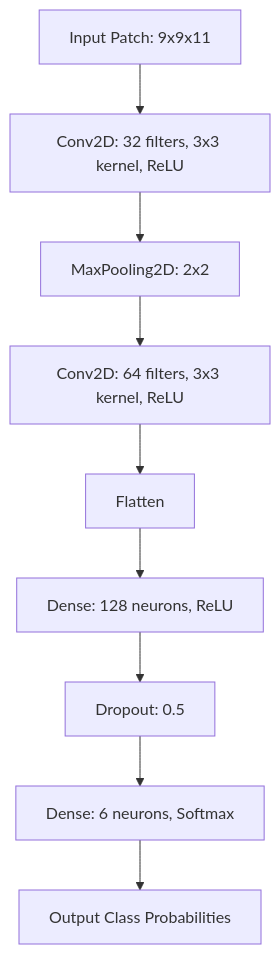
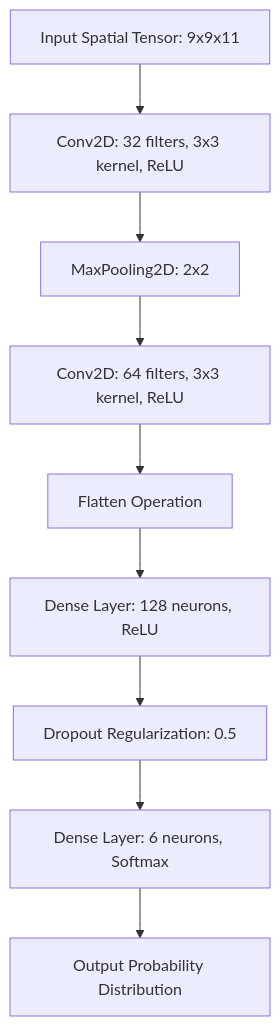
The diagram in docs/manuscript/Chapter_3.md (DaneshSelwal/LULC_Classification_Singrauli_region), drawn with Mermaid before and after one commit. The commit also changed other lines of this file and 4 other files, not shown here.

````diff
--- a/docs/manuscript/Chapter_3.md
+++ b/docs/manuscript/Chapter_3.md
@@ -61,11 +70,11 @@
 ```mermaid
 graph TD
-    A[Input Patch: 9x9x11] --> B[Conv2D: 32 filters, 3x3 kernel, ReLU]
+    A[Input Spatial Tensor: 9x9x11] --> B[Conv2D: 32 filters, 3x3 kernel, ReLU]
     B --> C[MaxPooling2D: 2x2]
     C --> D[Conv2D: 64 filters, 3x3 kernel, ReLU]
-    D --> E[Flatten]
-    E --> F[Dense: 128 neurons, ReLU]
-    F --> G[Dropout: 0.5]
-    G --> H[Dense: 6 neurons, Softmax]
-    H --> I[Output Class Probabilities]
+    D --> E[Flatten Operation]
+    E --> F[Dense Layer: 128 neurons, ReLU]
+    F --> G[Dropout Regularization: 0.5]
+    G --> H[Dense Layer: 6 neurons, Softmax]
+    H --> I[Output Probability Distribution]
 ```
````
